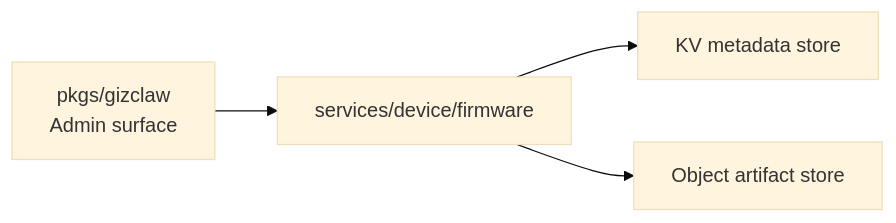
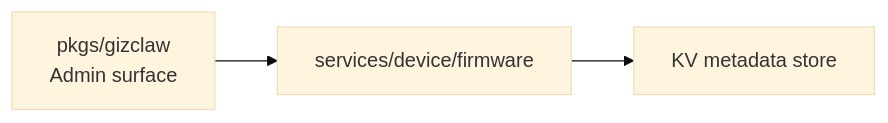
Before and after one commit to GizClaw/gizclaw: the diagram in guides/zh/developing/gizclaw/services/device.md, drawn with Mermaid (base theme). The commit also changed other lines of this file and 124 other files, not shown here.

````diff
--- a/guides/zh/developing/gizclaw/services/device.md
+++ b/guides/zh/developing/gizclaw/services/device.md
@@ -25,6 +24,5 @@
 ```mermaid
 flowchart LR
     GizClaw["pkgs/gizclaw<br/>Admin surface"] --> Firmware["services/device/firmware"]
     Firmware --> KV["KV metadata store"]
-    Firmware --> Object["Object artifact store"]
 ```
````
